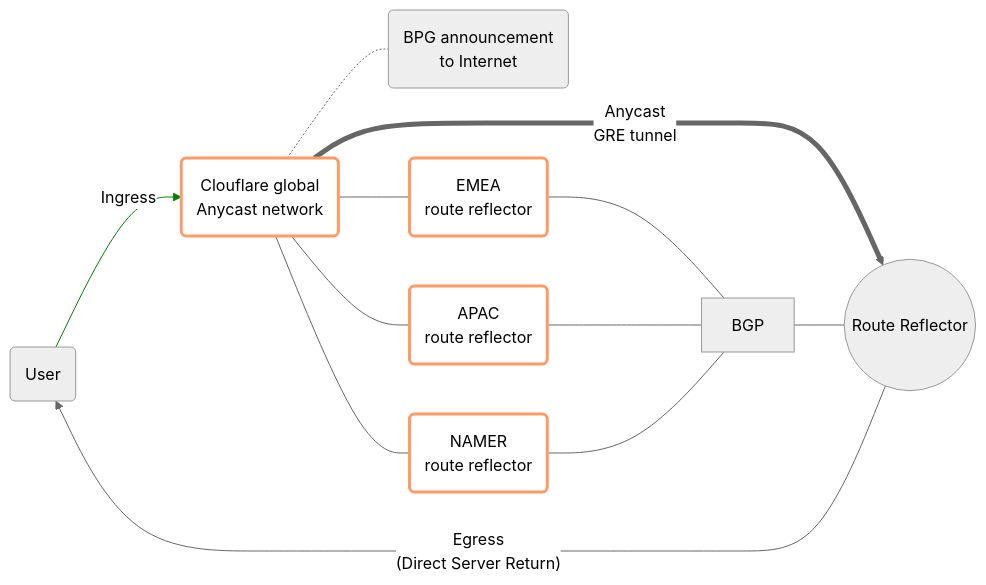
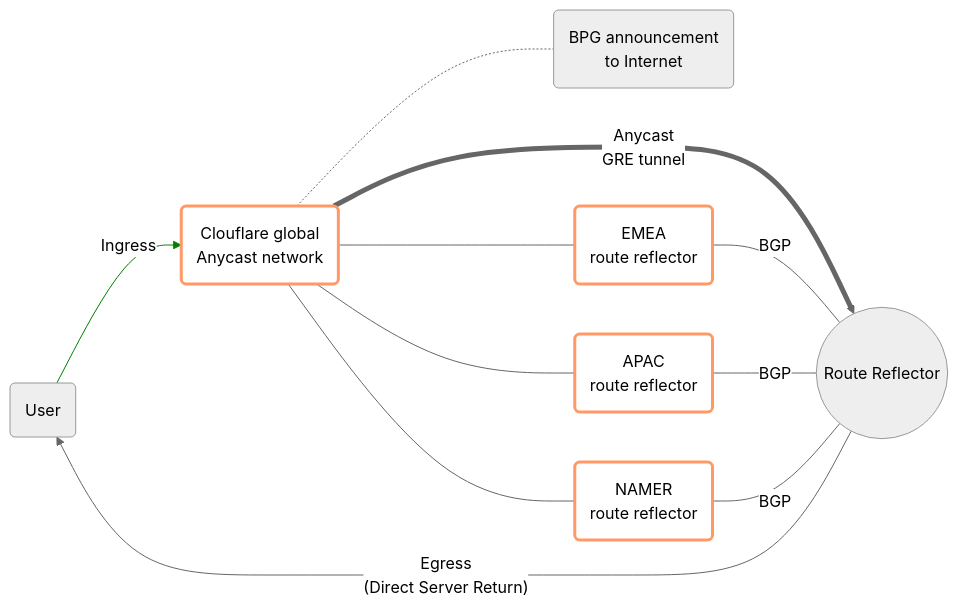
The diagram in content/magic-transit/how-to/advertise-prefixes.md (cloudflare/cloudflare-docs), drawn with Mermaid (neutral theme) before and after one commit.

Commit message:
refined txt

````diff
--- a/content/magic-transit/how-to/advertise-prefixes.md
+++ b/content/magic-transit/how-to/advertise-prefixes.md
@@ -80,17 +80,19 @@
 ```mermaid
 flowchart LR
 accTitle: Border Gateway Control advertisements
 accDescr: Use BGP to control the status of your prefix.
 
+
 a(User)-- Ingress -->b(Clouflare global <br> Anycast network) == Anycast <br> GRE tunnel ==> c((Route Reflector))
 b(Clouflare global <br> Anycast network)-.-z(BPG announcement <br> to Internet)
-b(Clouflare global <br> Anycast network) --- d(EMEA <br> route reflector) & e(APAC <br> route reflector) & f(NAMER <br> route reflector) --- x[BGP] --- c((Route Reflector))
+b(Clouflare global <br> Anycast network) --- d(EMEA <br> route reflector) & e(APAC <br> route reflector) & f(NAMER <br> route reflector)-- BGP ---c((Route Reflector))
+
 c((Route Reflector))-- "Egress <br> (Direct Server Return)" -->a(User)
 
 classDef orangestroke fill:white,stroke:#f96,stroke-width:3px
 classDef blue stroke:blue,stroke-width:3px
 linkStyle 0 stroke:green
 linkStyle 1 stroke-width:5px
 class d,e,f orangestroke
 class b orangestroke
 ```
````
